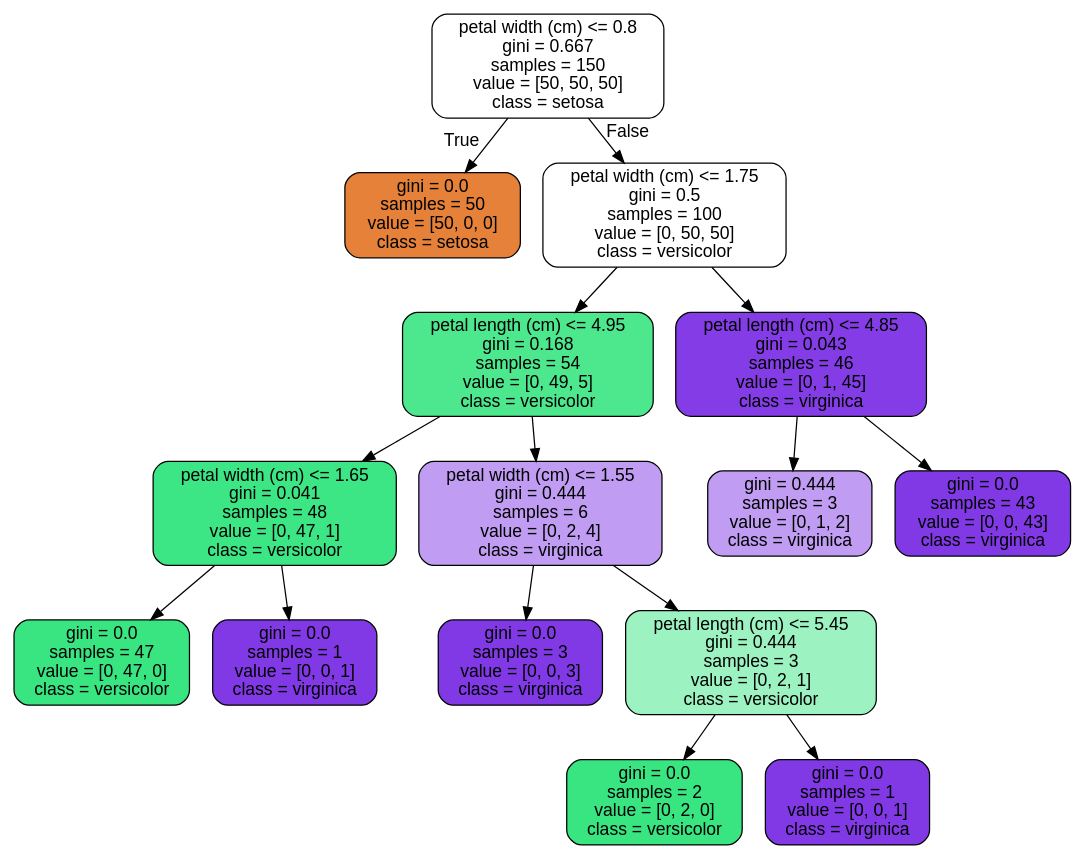
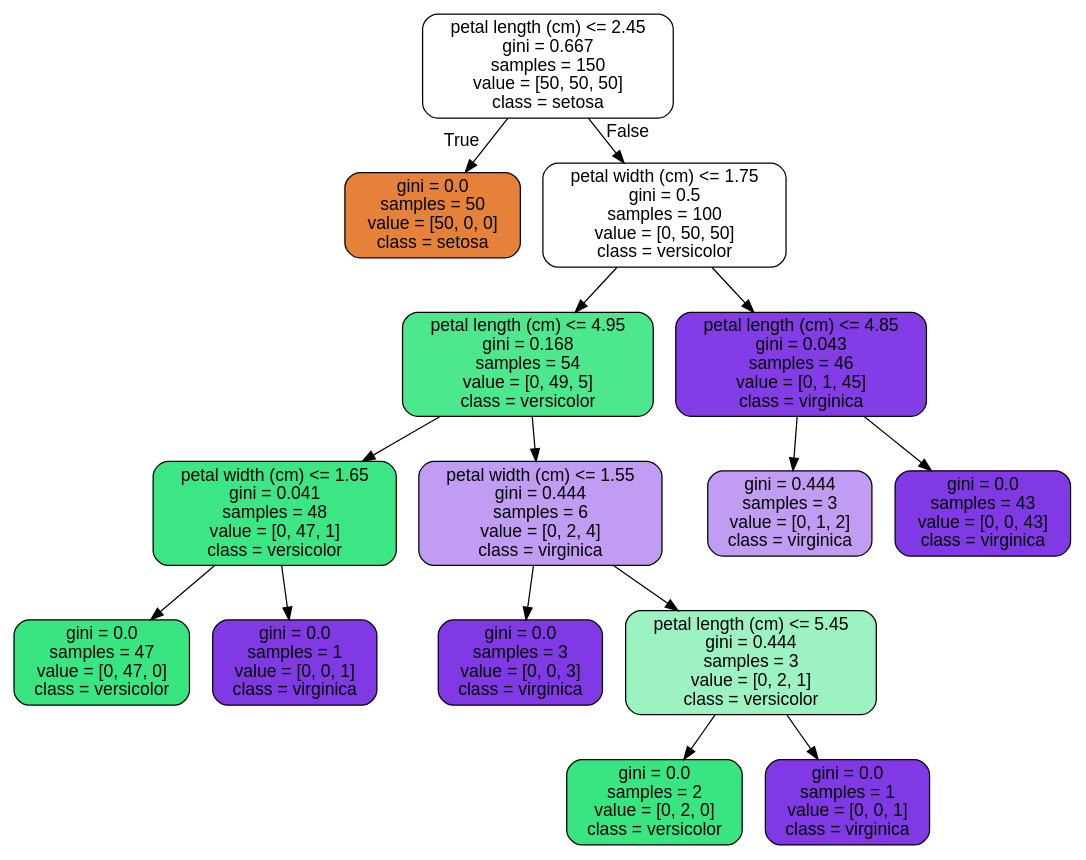
The diagram in iris.tree.dot (Saksham-coder293/Machine-Learning-Models-Implementation), drawn with Graphviz before and after one commit. The commit also changed 2 other files, not shown here.

```diff
--- a/iris.tree.dot
+++ b/iris.tree.dot
@@ -1,33 +1,33 @@
 digraph Tree {
 node [shape=box, style="filled, rounded", color="black", fontname="helvetica"] ;
 edge [fontname="helvetica"] ;
-0 [label="petal width (cm) <= 0.8\ngini = 0.667\nsamples = 150\nvalue = [50, 50, 50]\nclass = setosa", fillcolor="#ffffff"] ;
+0 [label="petal length (cm) <= 2.45\ngini = 0.667\nsamples = 150\nvalue = [50, 50, 50]\nclass = setosa", fillcolor="#ffffff"] ;
 1 [label="gini = 0.0\nsamples = 50\nvalue = [50, 0, 0]\nclass = setosa", fillcolor="#e58139"] ;
 0 -> 1 [labeldistance=2.5, labelangle=45, headlabel="True"] ;
 2 [label="petal width (cm) <= 1.75\ngini = 0.5\nsamples = 100\nvalue = [0, 50, 50]\nclass = versicolor", fillcolor="#ffffff"] ;
 0 -> 2 [labeldistance=2.5, labelangle=-45, headlabel="False"] ;
 3 [label="petal length (cm) <= 4.95\ngini = 0.168\nsamples = 54\nvalue = [0, 49, 5]\nclass = versicolor", fillcolor="#4de88e"] ;
 2 -> 3 ;
 4 [label="petal width (cm) <= 1.65\ngini = 0.041\nsamples = 48\nvalue = [0, 47, 1]\nclass = versicolor", fillcolor="#3de684"] ;
 3 -> 4 ;
 5 [label="gini = 0.0\nsamples = 47\nvalue = [0, 47, 0]\nclass = versicolor", fillcolor="#39e581"] ;
 4 -> 5 ;
 6 [label="gini = 0.0\nsamples = 1\nvalue = [0, 0, 1]\nclass = virginica", fillcolor="#8139e5"] ;
 4 -> 6 ;
 7 [label="petal width (cm) <= 1.55\ngini = 0.444\nsamples = 6\nvalue = [0, 2, 4]\nclass = virginica", fillcolor="#c09cf2"] ;
 3 -> 7 ;
 8 [label="gini = 0.0\nsamples = 3\nvalue = [0, 0, 3]\nclass = virginica", fillcolor="#8139e5"] ;
 7 -> 8 ;
 9 [label="petal length (cm) <= 5.45\ngini = 0.444\nsamples = 3\nvalue = [0, 2, 1]\nclass = versicolor", fillcolor="#9cf2c0"] ;
 7 -> 9 ;
 10 [label="gini = 0.0\nsamples = 2\nvalue = [0, 2, 0]\nclass = versicolor", fillcolor="#39e581"] ;
 9 -> 10 ;
 11 [label="gini = 0.0\nsamples = 1\nvalue = [0, 0, 1]\nclass = virginica", fillcolor="#8139e5"] ;
 9 -> 11 ;
 12 [label="petal length (cm) <= 4.85\ngini = 0.043\nsamples = 46\nvalue = [0, 1, 45]\nclass = virginica", fillcolor="#843de6"] ;
 2 -> 12 ;
 13 [label="gini = 0.444\nsamples = 3\nvalue = [0, 1, 2]\nclass = virginica", fillcolor="#c09cf2"] ;
 12 -> 13 ;
 14 [label="gini = 0.0\nsamples = 43\nvalue = [0, 0, 43]\nclass = virginica", fillcolor="#8139e5"] ;
 12 -> 14 ;
 }
```
